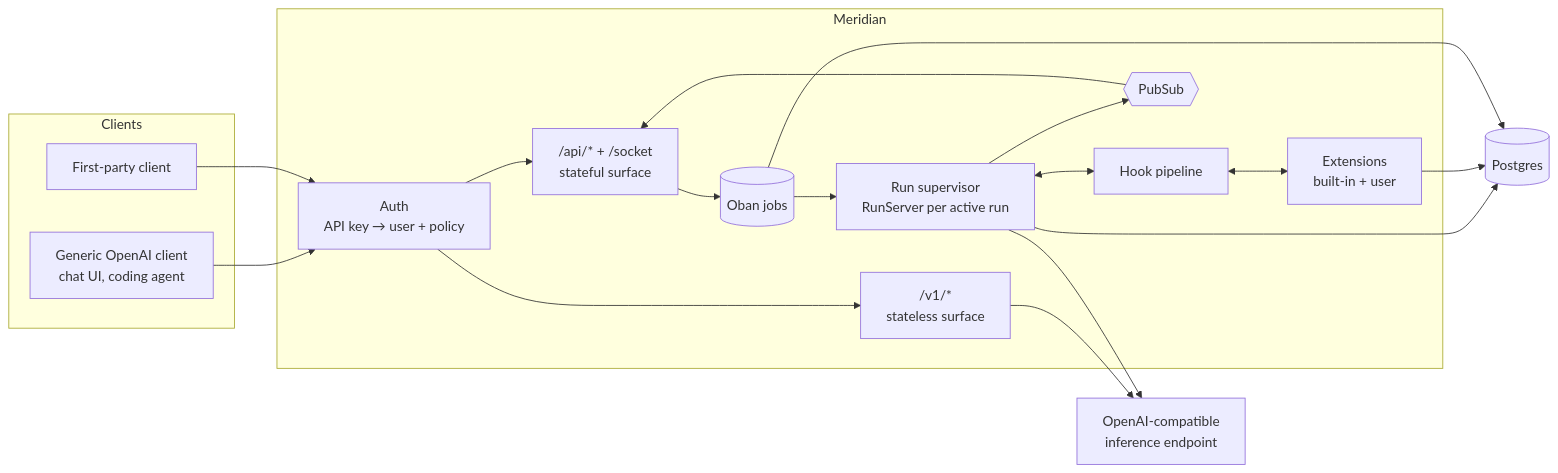
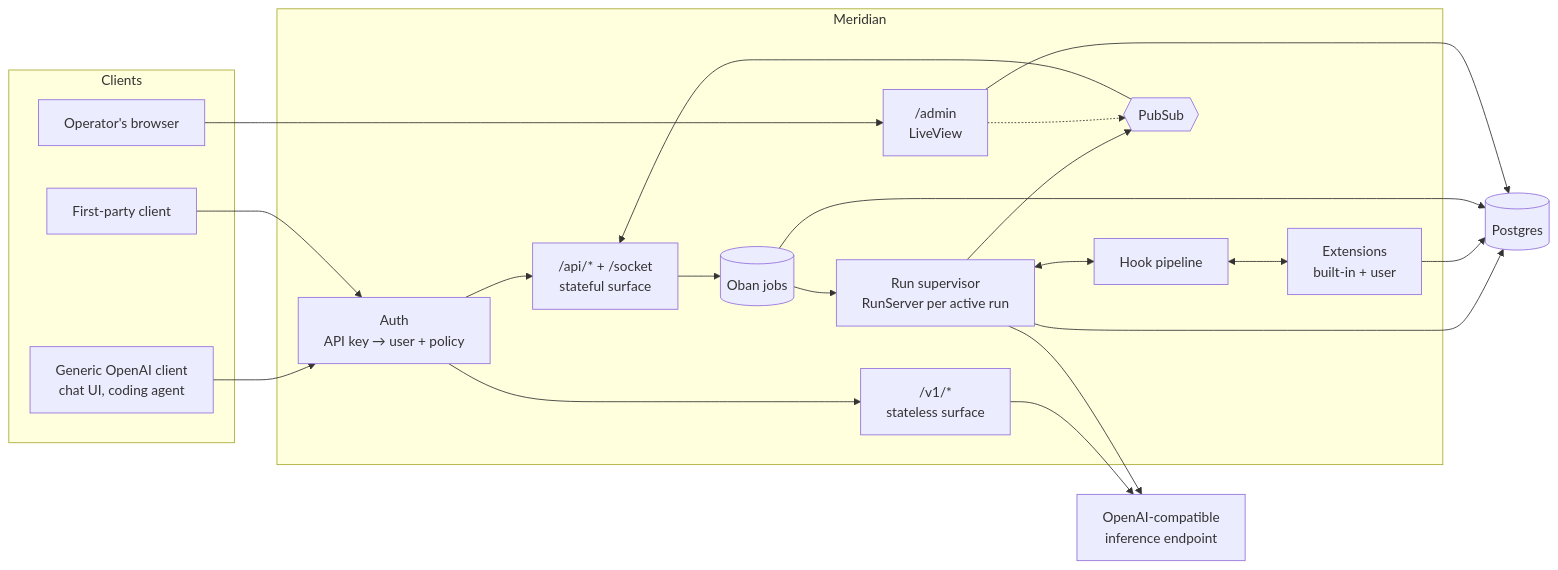
One commit to AlbinDalbert/meridian changed the first of 2 diagrams in docs/design.md. Above: the diagram before and after it, drawn with Mermaid. The commit also changed other lines of this file, not shown here.

First line of the commit message:
Design: thin slices, hooks on demand, admin UI with token auth

````diff
--- a/docs/design.md
+++ b/docs/design.md
@@ -55,31 +59,35 @@
 ```mermaid
 flowchart LR
     subgraph Clients
         C1[Generic OpenAI client<br/>chat UI, coding agent]
         C2[First-party client]
+        C3[Operator's browser]
     end
 
     subgraph Meridian
+        Admin["/admin<br/>LiveView"]
         Auth[Auth<br/>API key → user + policy]
         Compat["/v1/* <br/>stateless surface"]
         Native["/api/* + /socket <br/>stateful surface"]
         Runs[Run supervisor<br/>RunServer per active run]
         Hooks[Hook pipeline]
         Ext[Extensions<br/>built-in + user]
         Oban[(Oban jobs)]
         PubSub{{PubSub}}
     end
 
     DB[(Postgres)]
     LLM[OpenAI-compatible<br/>inference endpoint]
 
     C1 --> Auth --> Compat --> LLM
     C2 --> Auth --> Native
     Native --> Oban --> Runs
     Runs <--> Hooks <--> Ext
     Runs --> LLM
     Runs --> PubSub --> Native
     Runs --> DB
     Ext --> DB
     Oban --> DB
+    C3 --> Admin --> DB
+    Admin -.-> PubSub
 ```
````
